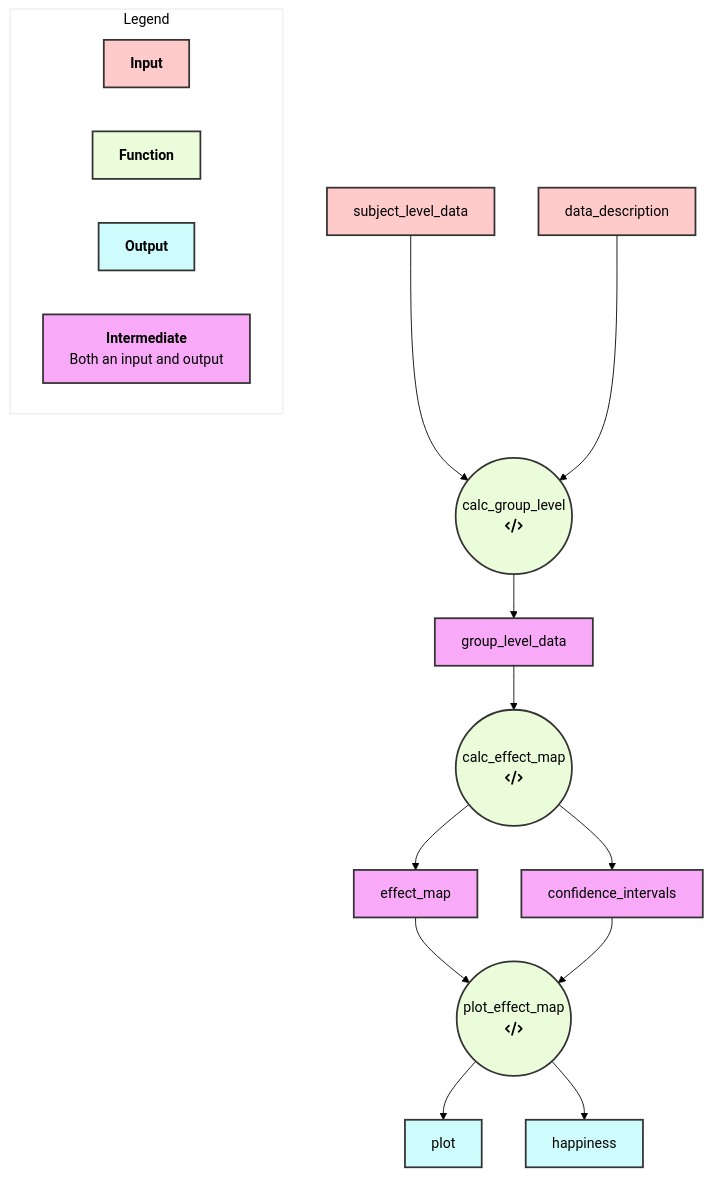
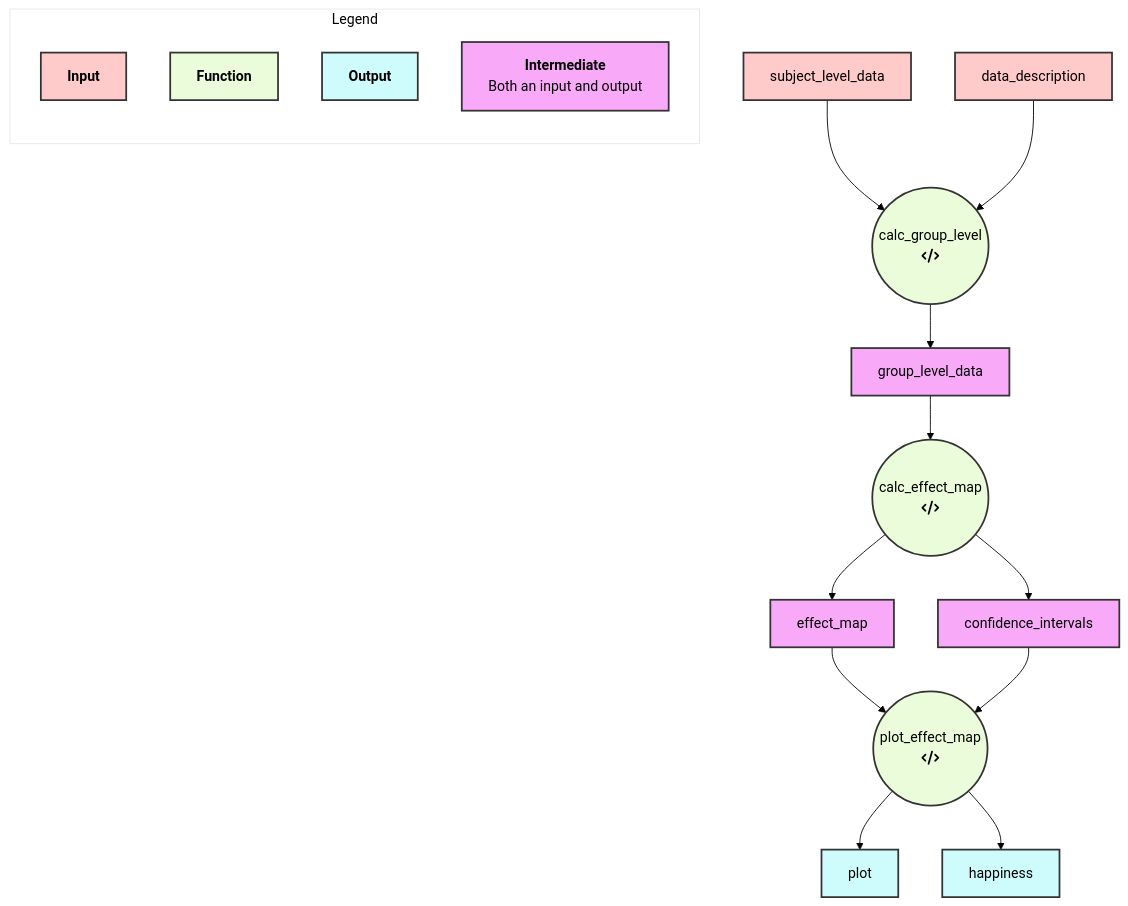
Before and after one commit to NeuroHackademy2024/vis_repo_pipeline: the diagram in README.md, drawn with Mermaid.

Commit message:
Update README.md with new Mermaid diagram

````diff
--- a/README.md
+++ b/README.md
@@ -4,54 +4,55 @@
 ```mermaid
  %%{init: {'theme':'base', 'themeVariables': {
   'primaryColor': '#ffcaca',
   'primaryTextColor': '#000',
   'primaryBorderColor': '#000000',
   'lineColor': '#000000',
   'tertiaryColor': '#fff'
 }}}%%
 graph TD
 classDef lightRed fill:#ffcaca,stroke:#333,stroke-width:2px;
 classDef lightGreen fill:#ebfcda,stroke:#333,stroke-width:2px;
 classDef lightBlue fill:#cefbfb,stroke:#333,stroke-width:2px;
 classDef lightPurple fill:#f8aaf8,stroke:#333,stroke-width:2px;
 
 subgraph Legend
+    direction TB
     key1[<b>Input]:::lightRed
     key2[<b>Function]:::lightGreen
     key3[<b>Output]:::lightBlue
     key4[<b>Intermediate</b><br> Both an input and output]:::lightPurple
 end
 calc_group_level(("calc_group_level")):::lightGreen
 calc_group_level(("calc_group_level
  fa:fa-code"))
 subject_level_data:::lightRed
 subject_level_data --> calc_group_level
 data_description:::lightRed
 data_description --> calc_group_level
 group_level_data:::lightBlue
 calc_group_level --> group_level_data
 calc_effect_map(("calc_effect_map")):::lightGreen
 calc_effect_map(("calc_effect_map
  fa:fa-code"))
 group_level_data --> calc_effect_map
 effect_map:::lightBlue
 calc_effect_map --> effect_map
 confidence_intervals:::lightBlue
 calc_effect_map --> confidence_intervals
 plot_effect_map(("plot_effect_map")):::lightGreen
 plot_effect_map(("plot_effect_map
  fa:fa-code"))
 effect_map --> plot_effect_map
 confidence_intervals --> plot_effect_map
 plot:::lightBlue
 plot_effect_map --> plot
 happiness:::lightBlue
 plot_effect_map --> happiness
 subject_level_data:::lightRed
 data_description:::lightRed
 group_level_data:::lightPurple
 effect_map:::lightPurple
 confidence_intervals:::lightPurple
 plot:::lightBlue
 happiness:::lightBlue
 ```
````
